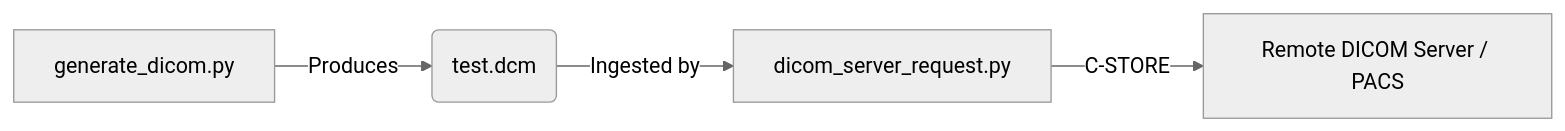
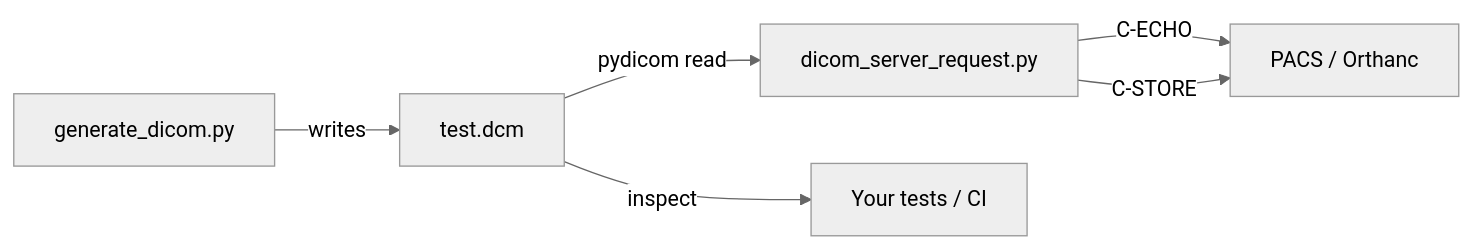
The diagram in README.md (M0-AR/dicom), drawn with Mermaid (neutral theme) before and after one commit. The commit also changed other lines of this file and 14 other files, not shown here.

````diff
--- a/README.md
+++ b/README.md
@@ -46,6 +178,8 @@
 ```mermaid
-graph LR
-    A[generate_dicom.py] -->|Produces| B(test.dcm)
-    B -->|Ingested by| C[dicom_server_request.py]
-    C -->|C-STORE| D[Remote DICOM Server / PACS]
+flowchart LR
+    A["generate_dicom.py"] -->|writes| B["test.dcm"]
+    B -->|pydicom read| C["dicom_server_request.py"]
+    C -->|C-ECHO| D["PACS / Orthanc"]
+    C -->|C-STORE| D
+    B -->|inspect| E["Your tests / CI"]
 ```
````
